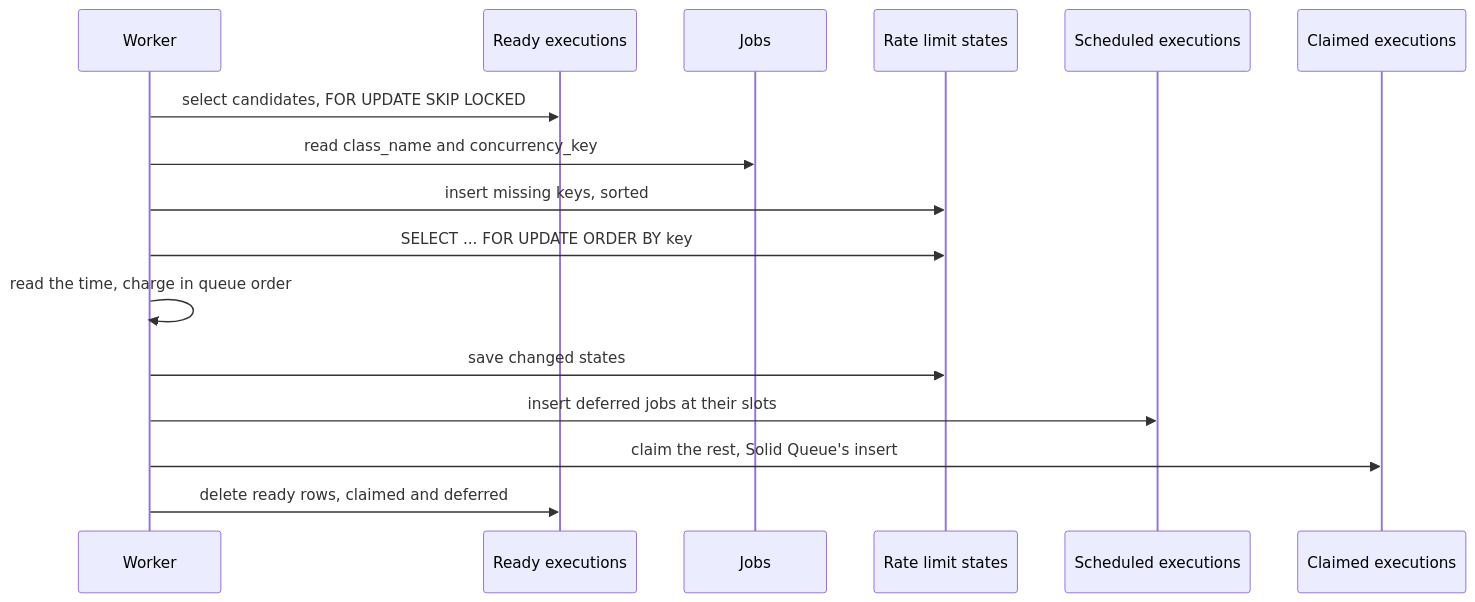
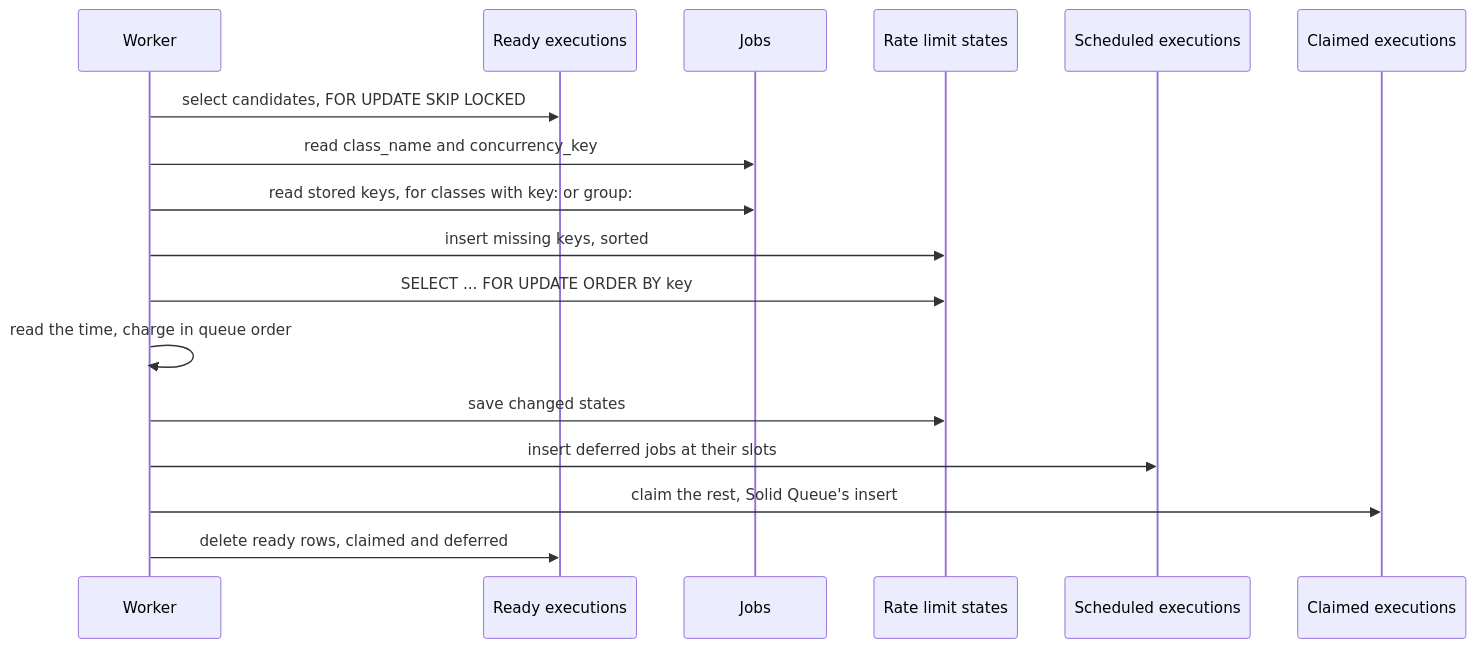
Before and after one commit to dtcristo/solid_queue-rate_limit: the second of 3 diagrams in docs/design.md, drawn with Mermaid. The commit also changed other lines of this file and 3 other files, not shown here.

Commit message:
Document key: and group:, with recipes and their tests

````diff
--- a/docs/design.md
+++ b/docs/design.md
@@ -69,18 +88,19 @@
 ```mermaid
 sequenceDiagram
     participant W as Worker
     participant R as Ready executions
     participant J as Jobs
     participant S as Rate limit states
     participant X as Scheduled executions
     participant C as Claimed executions
     W->>R: select candidates, FOR UPDATE SKIP LOCKED
     W->>J: read class_name and concurrency_key
+    W->>J: read stored keys, for classes with key: or group:
     W->>S: insert missing keys, sorted
     W->>S: SELECT ... FOR UPDATE ORDER BY key
     W->>W: read the time, charge in queue order
     W->>S: save changed states
     W->>X: insert deferred jobs at their slots
     W->>C: claim the rest, Solid Queue's insert
     W->>R: delete ready rows, claimed and deferred
 ```
````
